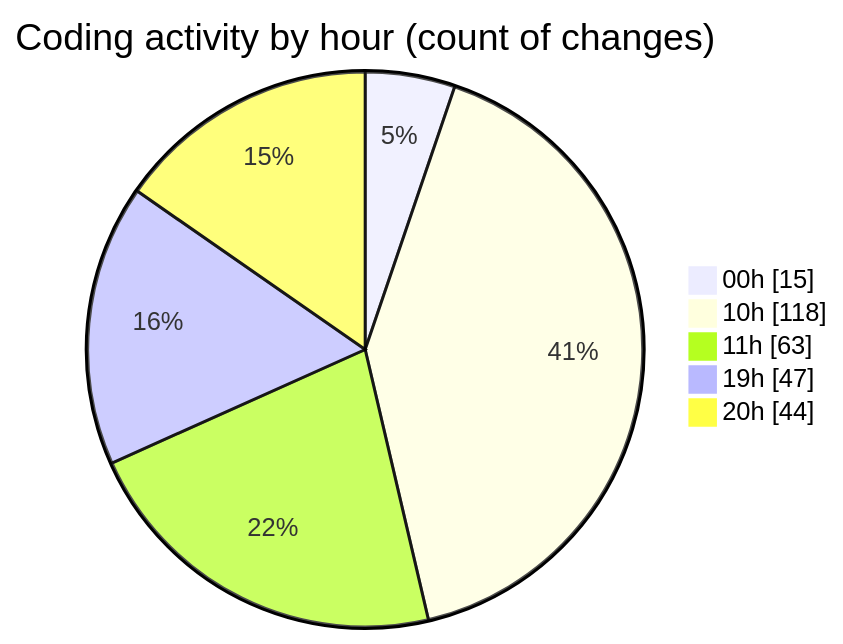
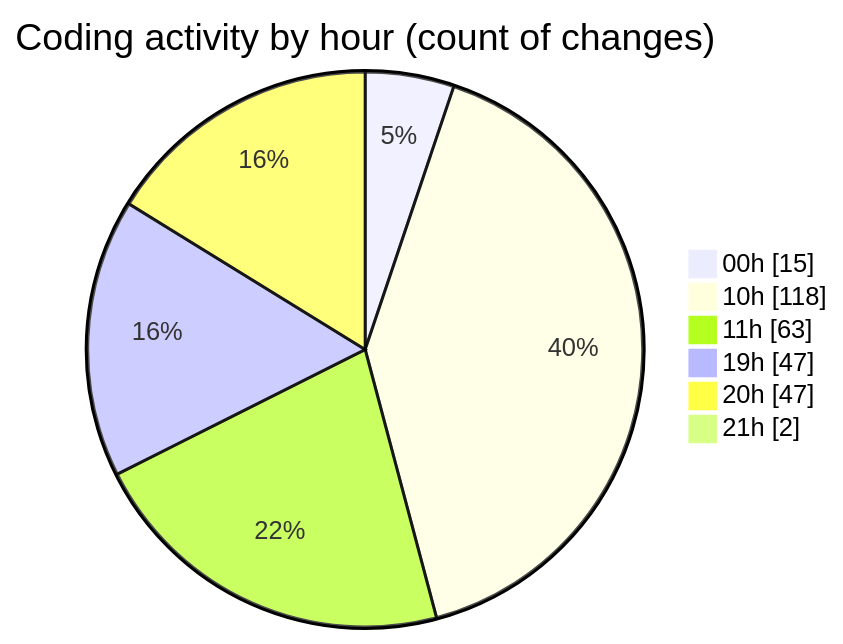
The second of 2 diagrams in 2026-01-11/dsa/README.md (Ritupan-Deka/code-tracking), drawn with Mermaid before and after one commit. The commit also changed other lines of this file and 1 other file, not shown here.

````diff
--- a/2026-01-11/dsa/README.md
+++ b/2026-01-11/dsa/README.md
@@ -29,9 +29,10 @@
 ```mermaid
 pie showData
 title Coding activity by hour (count of changes)
 "00h" : 15
 "10h" : 118
 "11h" : 63
 "19h" : 47
-"20h" : 44
+"20h" : 47
+"21h" : 2
 ```
````
